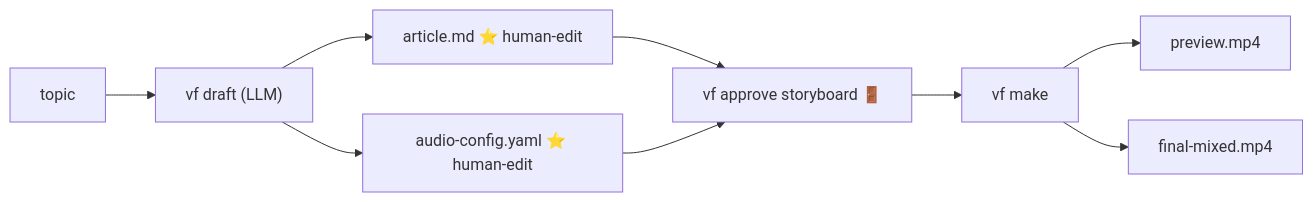
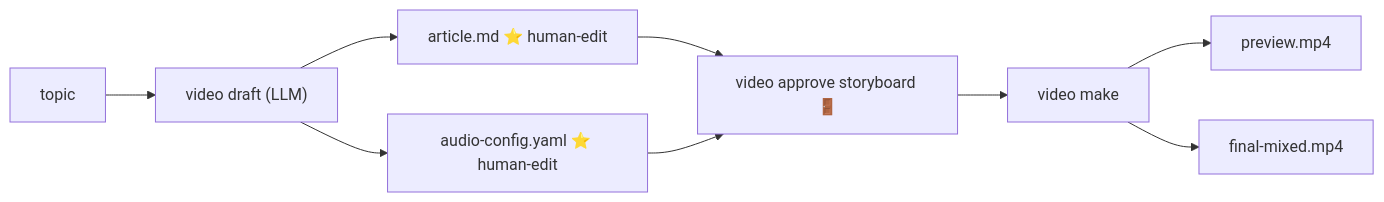
The second of 2 diagrams in docs/INSTALLATION_AND_USAGE.md (huangjien/ai-video-factory), drawn with Mermaid before and after one commit. The commit also changed other lines of this file and 177 other files, not shown here.

````diff
--- a/docs/INSTALLATION_AND_USAGE.md
+++ b/docs/INSTALLATION_AND_USAGE.md
@@ -1106,11 +1114,11 @@
 ```mermaid
 flowchart LR
-    topic[topic] --> vfDraft["vf draft (LLM)"]
-    vfDraft --> articleMD["article.md ⭐ human-edit"]
-    vfDraft --> audioConfig["audio-config.yaml ⭐ human-edit"]
-    articleMD --> vfApprove["vf approve storyboard 🚪"]
-    audioConfig --> vfApprove
-    vfApprove --> vfMake["vf make"]
-    vfMake --> previewMp4[preview.mp4]
-    vfMake --> finalMixedMp4["final-mixed.mp4"]
+    topic[topic] --> videoDraft["video draft (LLM)"]
+    videoDraft --> articleMD["article.md ⭐ human-edit"]
+    videoDraft --> audioConfig["audio-config.yaml ⭐ human-edit"]
+    articleMD --> videoApprove["video approve storyboard 🚪"]
+    audioConfig --> videoApprove
+    videoApprove --> videoMake["video make"]
+    videoMake --> previewMp4[preview.mp4]
+    videoMake --> finalMixedMp4["final-mixed.mp4"]
 ```
````
